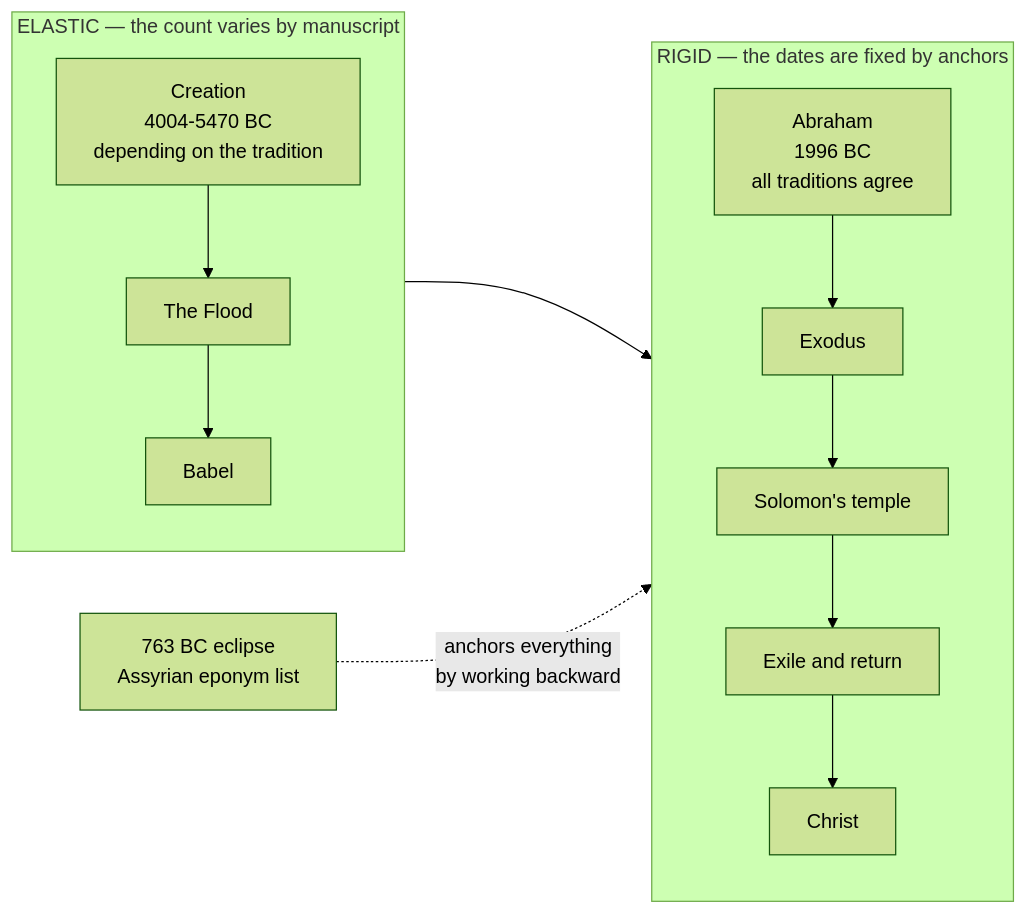
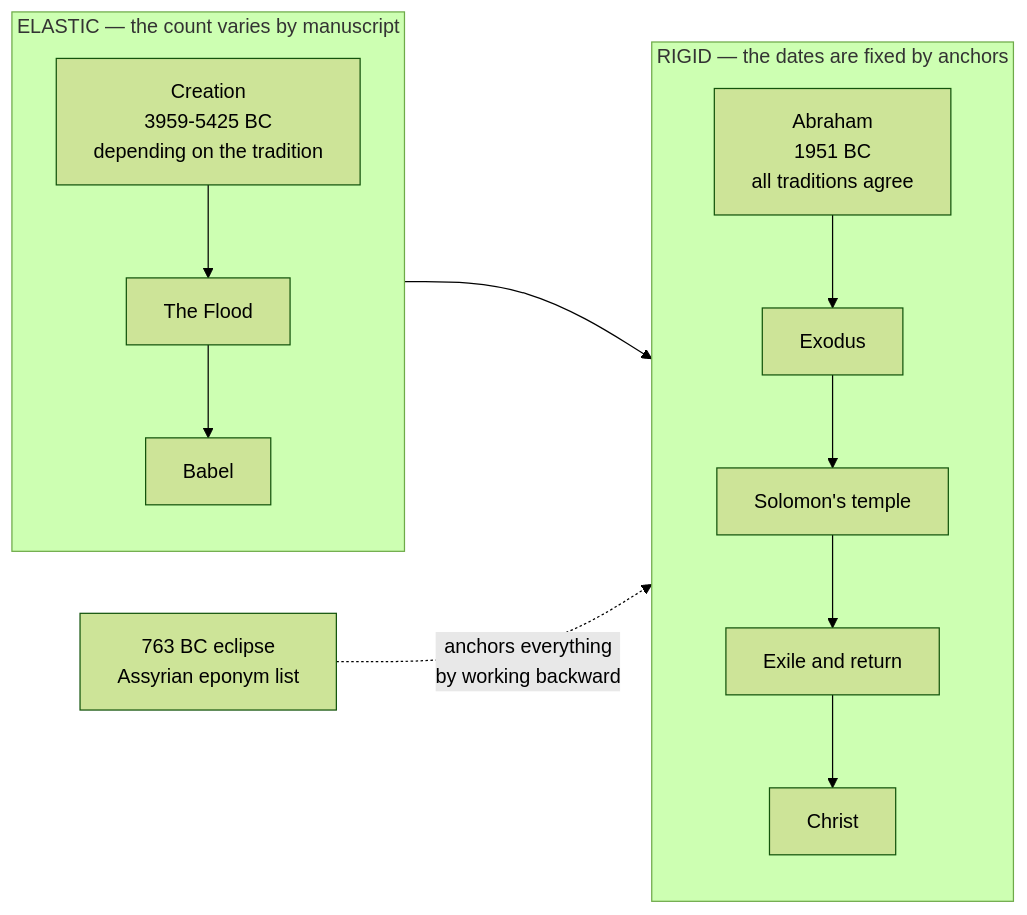
Before and after one commit to ding0t/bible_studies: the first of 3 diagrams in docs/content/last-things/combined-timeline.md, drawn with Mermaid (forest theme). The commit also changed other lines of this file and 35 other files, not shown here.

````diff
--- a/docs/content/last-things/combined-timeline.md
+++ b/docs/content/last-things/combined-timeline.md
@@ -40,13 +40,13 @@
 ```mermaid
 flowchart LR
     subgraph E["ELASTIC — the count varies by manuscript"]
         direction TB
-        A["Creation<br/>4004-5470 BC<br/>depending on the tradition"] --> B["The Flood"] --> C["Babel"]
+        A["Creation<br/>3959-5425 BC<br/>depending on the tradition"] --> B["The Flood"] --> C["Babel"]
     end
     subgraph R["RIGID — the dates are fixed by anchors"]
         direction TB
-        D["Abraham<br/>1996 BC<br/>all traditions agree"] --> F["Exodus"] --> G["Solomon's temple"] --> H["Exile and return"] --> I["Christ"]
+        D["Abraham<br/>1951 BC<br/>all traditions agree"] --> F["Exodus"] --> G["Solomon's temple"] --> H["Exile and return"] --> I["Christ"]
     end
     E --> R
     J["763 BC eclipse<br/>Assyrian eponym list"] -.->|"anchors everything<br/>by working backward"| R
 ```
````
